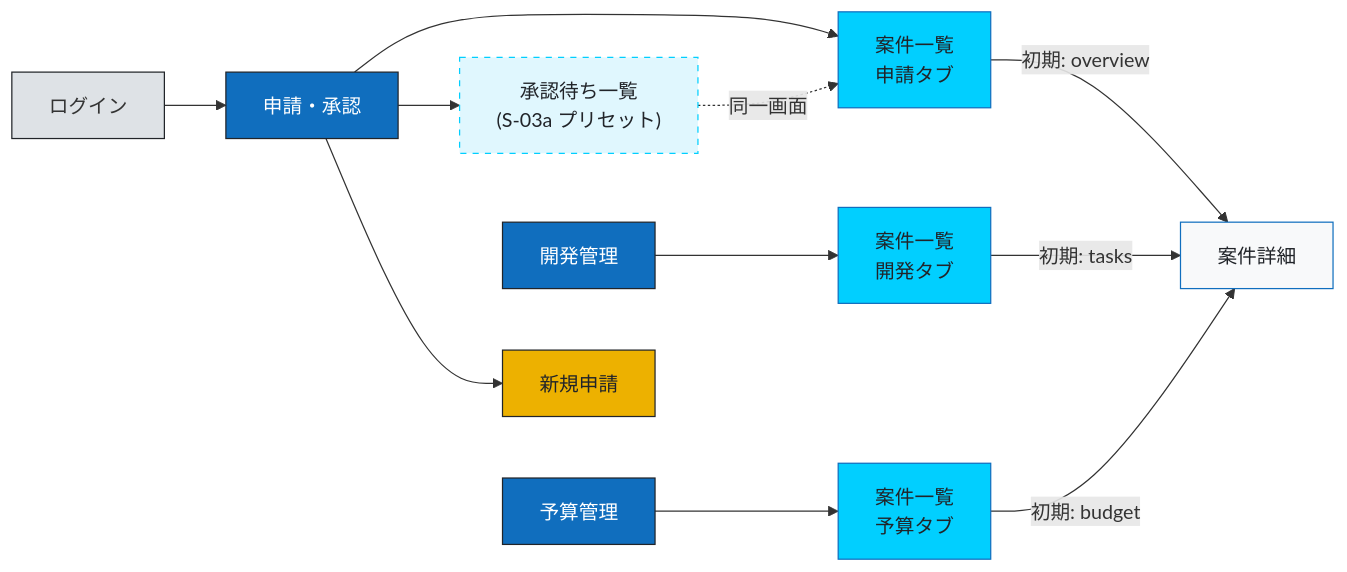
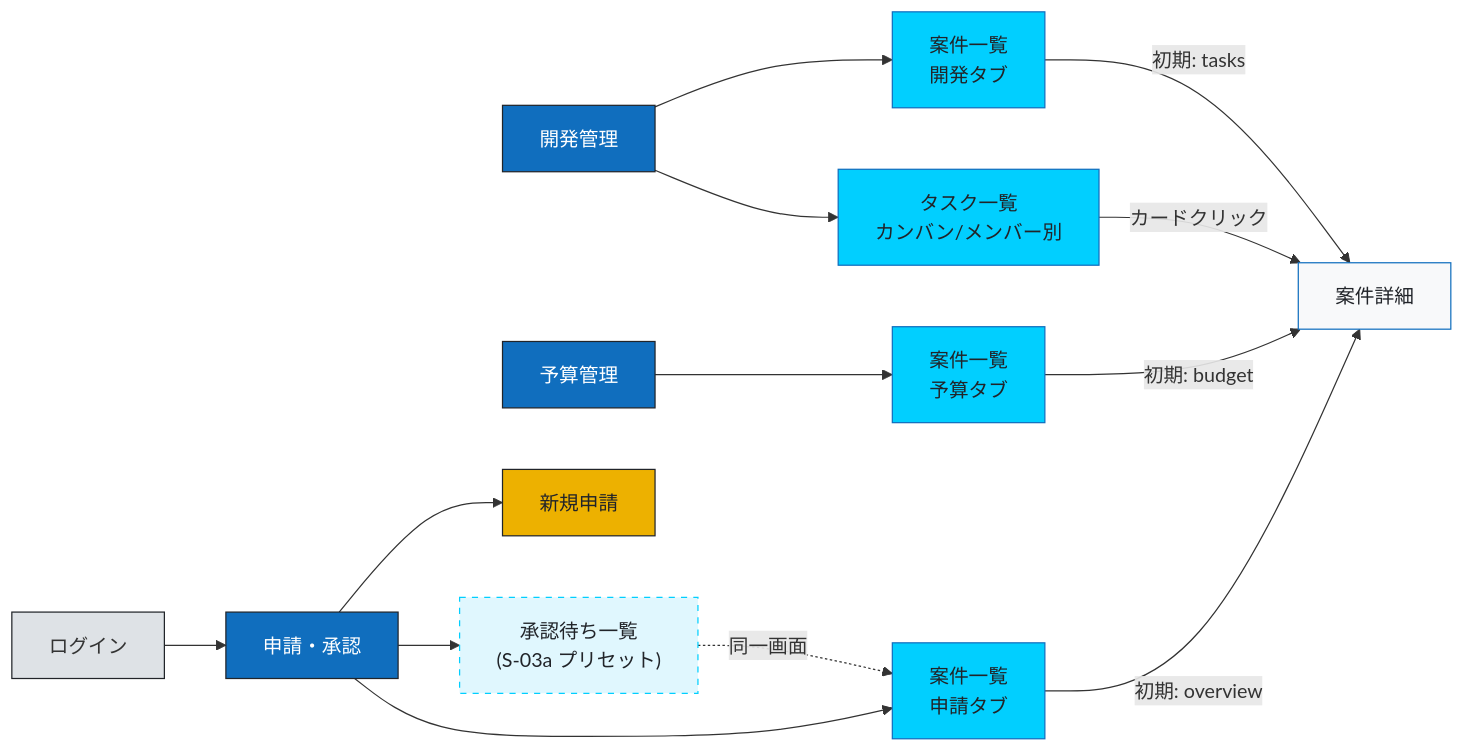
The first of 3 diagrams in doc/Design/screen_flow.md (toutetu/ProjNexus), drawn with Mermaid before and after one commit. The commit also changed other lines of this file and 9 other files, not shown here.

````diff
--- a/doc/Design/screen_flow.md
+++ b/doc/Design/screen_flow.md
@@ -138,31 +141,34 @@
 ```mermaid
 flowchart LR
   S01[ログイン]:::auth
   NAV1[申請・承認]:::sec
   NAV2[開発管理]:::sec
   NAV3[予算管理]:::sec
   S03A[案件一覧<br/>申請タブ]:::hub
   S03B[案件一覧<br/>開発タブ]:::hub
   S03C[案件一覧<br/>予算タブ]:::hub
+  S14[タスク一覧<br/>カンバン/メンバー別]:::hub
   S07["承認待ち一覧<br/>(S-03a プリセット)"]:::preset
   S05[新規申請]:::form
   S04[案件詳細]:::detail
 
   S01 --> NAV1
   NAV1 --> S05
   NAV1 --> S07
   NAV1 --> S03A
   NAV2 --> S03B
+  NAV2 --> S14
   NAV3 --> S03C
   S07 -.同一画面.-> S03A
   S03A -->|"初期: overview"| S04
   S03B -->|"初期: tasks"| S04
   S03C -->|"初期: budget"| S04
+  S14 -->|"カードクリック"| S04
 
   classDef auth fill:#DEE2E6,stroke:#212429
   classDef sec fill:#106EBE,stroke:#212429,color:#FFFFFF
   classDef hub fill:#01CFFF,stroke:#106EBE,color:#212429
   classDef preset fill:#E0F7FE,stroke:#01CFFF,color:#212429,stroke-dasharray: 5 5
   classDef form fill:#EDB100,stroke:#212429,color:#212429
   classDef detail fill:#F8F9FA,stroke:#106EBE,color:#212429
 ```
````
